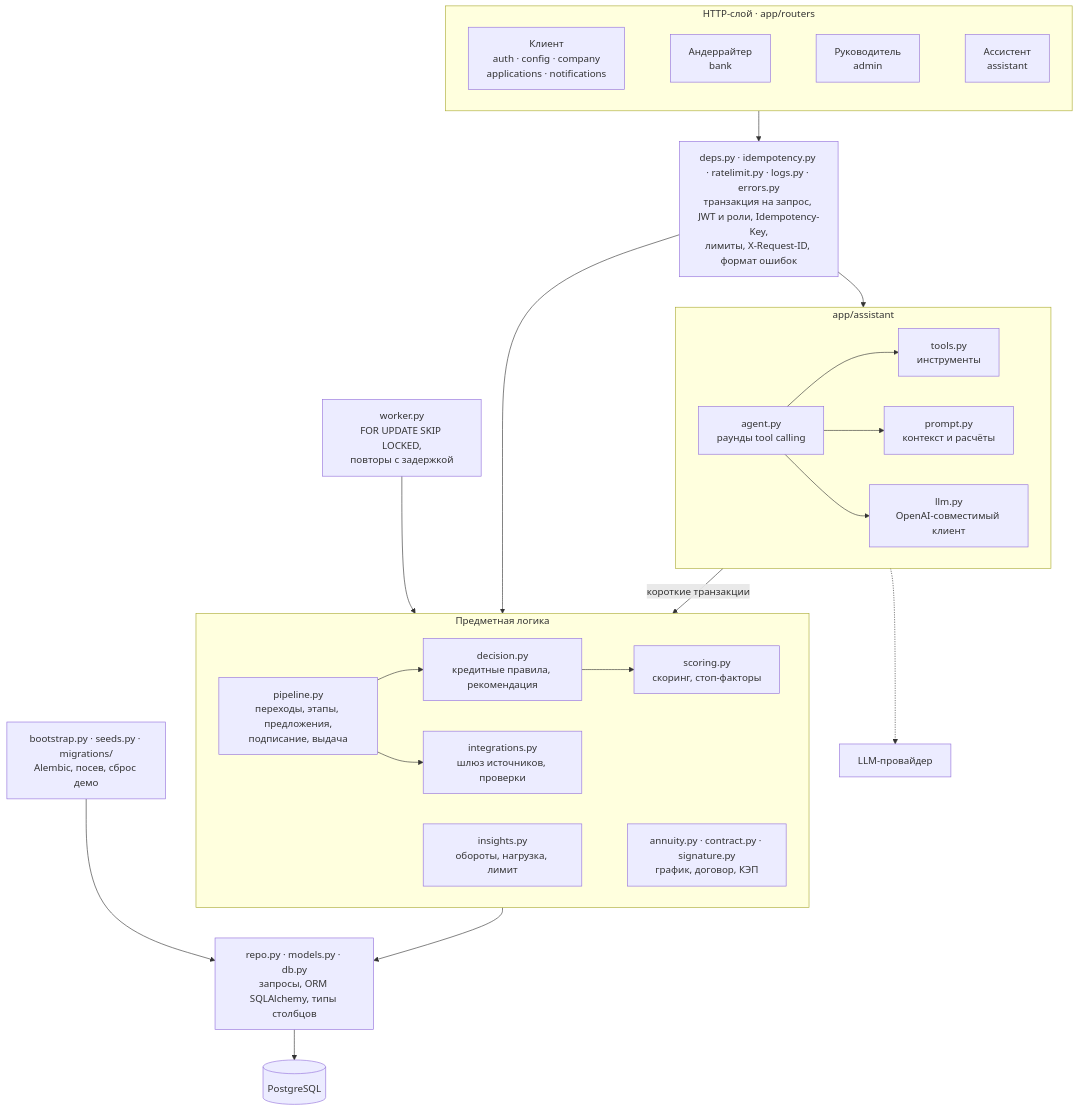
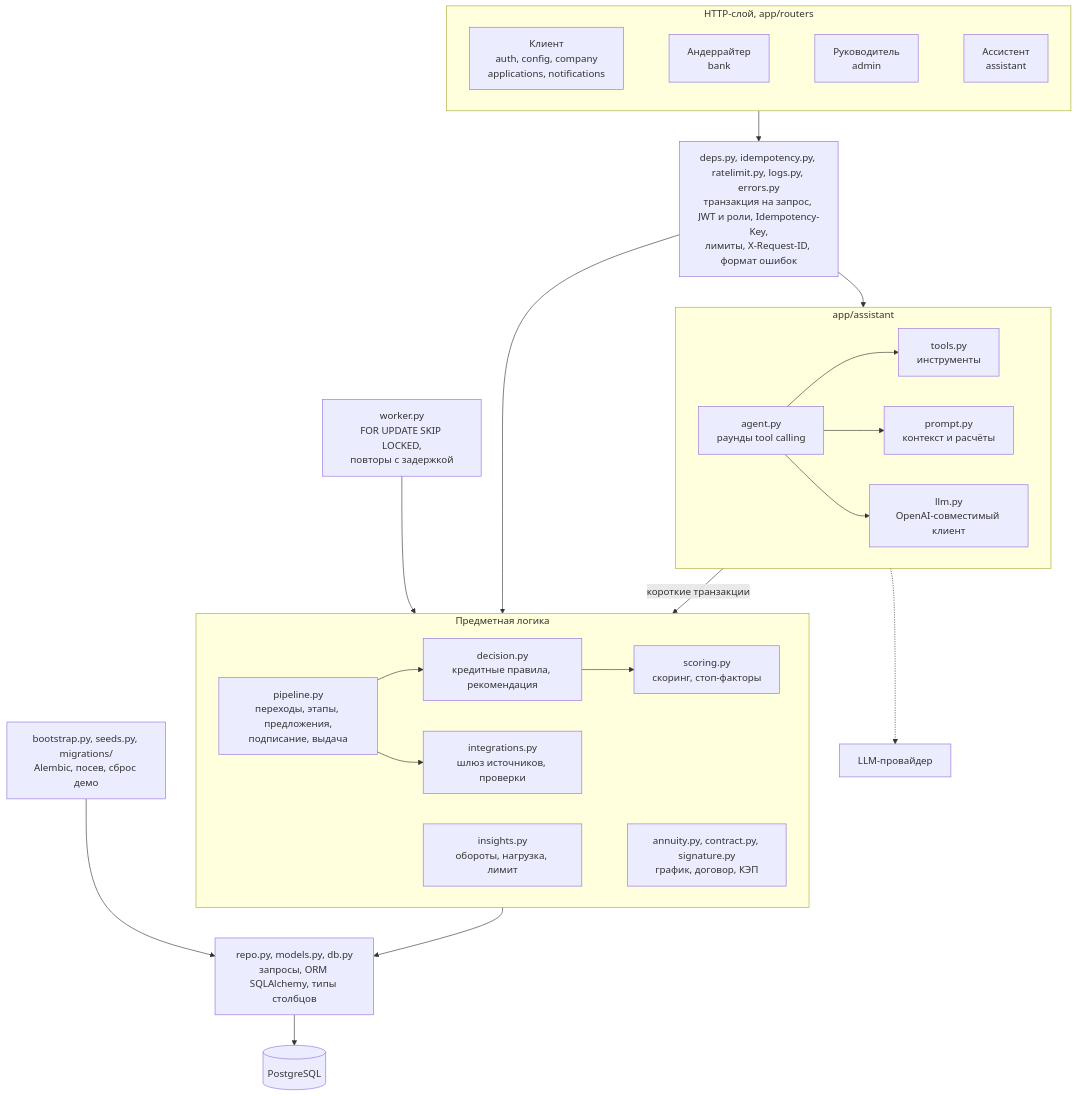
Before and after one commit to hugecatdev/alpharay: the third of 8 diagrams in docs/architecture.md, drawn with Mermaid. The commit also changed other lines of this file and 49 other files, not shown here.

````diff
--- a/docs/architecture.md
+++ b/docs/architecture.md
@@ -79,54 +67,54 @@
 ```mermaid
 flowchart TB
-    subgraph http["HTTP-слой · app/routers"]
+    subgraph http["HTTP-слой, app/routers"]
         direction LR
-        r_client["Клиент<br/>auth · config · company<br/>applications · notifications"]
+        r_client["Клиент<br/>auth, config, company<br/>applications, notifications"]
         r_bank["Андеррайтер<br/>bank"]
         r_admin["Руководитель<br/>admin"]
         r_ai["Ассистент<br/>assistant"]
         r_client ~~~ r_bank ~~~ r_admin ~~~ r_ai
     end
 
-    deps["deps.py · idempotency.py · ratelimit.py · logs.py · errors.py<br/>транзакция на запрос, JWT и роли, Idempotency-Key,<br/>лимиты, X-Request-ID, формат ошибок"]
+    deps["deps.py, idempotency.py, ratelimit.py, logs.py, errors.py<br/>транзакция на запрос, JWT и роли, Idempotency-Key,<br/>лимиты, X-Request-ID, формат ошибок"]
 
     subgraph domain["Предметная логика"]
         direction LR
         pipeline["pipeline.py<br/>переходы, этапы, предложения,<br/>подписание, выдача"]
         decision["decision.py<br/>кредитные правила, рекомендация"]
         scoring["scoring.py<br/>скоринг, стоп-факторы"]
         integrations["integrations.py<br/>шлюз источников, проверки"]
         insights["insights.py<br/>обороты, нагрузка, лимит"]
-        documents["annuity.py · contract.py · signature.py<br/>график, договор, КЭП"]
+        documents["annuity.py, contract.py, signature.py<br/>график, договор, КЭП"]
         pipeline --> decision --> scoring
         pipeline --> integrations
         insights ~~~ documents
     end
 
     worker["worker.py<br/>FOR UPDATE SKIP LOCKED,<br/>повторы с задержкой"]
 
     subgraph assistant["app/assistant"]
         direction LR
         agent["agent.py<br/>раунды tool calling"]
         tools["tools.py<br/>инструменты"]
         prompt["prompt.py<br/>контекст и расчёты"]
         llmc["llm.py<br/>OpenAI-совместимый клиент"]
         agent --> tools
         agent --> prompt
         agent --> llmc
     end
 
-    repo["repo.py · models.py · db.py<br/>запросы, ORM SQLAlchemy, типы столбцов"]
-    boot["bootstrap.py · seeds.py · migrations/<br/>Alembic, посев, сброс демо"]
+    repo["repo.py, models.py, db.py<br/>запросы, ORM SQLAlchemy, типы столбцов"]
+    boot["bootstrap.py, seeds.py, migrations/<br/>Alembic, посев, сброс демо"]
     pg[("PostgreSQL")]
     llm["LLM-провайдер"]
 
     http --> deps
     deps --> domain
     deps --> assistant
     assistant -->|"короткие транзакции"| domain
     worker --> pipeline
     domain --> repo
     boot --> repo
     repo --> pg
     llmc -.-> llm
 ```
````
